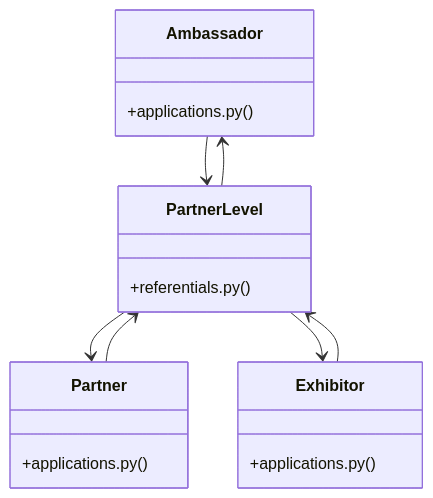
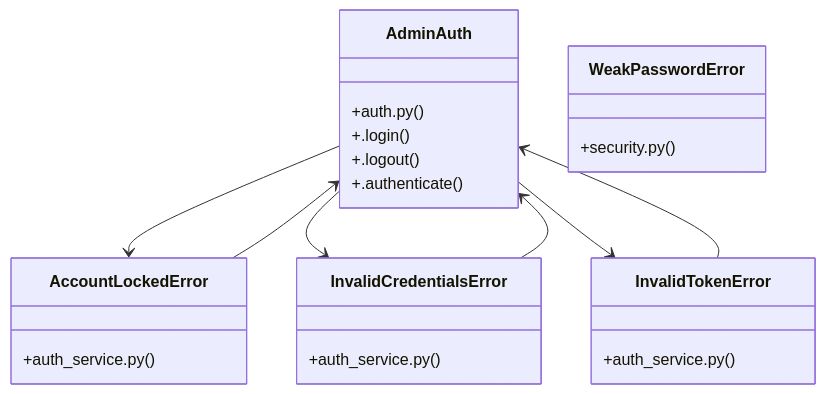
The diagram in graphify-out/wiki/[PromoCode_&_Payment]_Cluster.md (adjanayo/synca_conf_back), drawn with Mermaid before and after one commit. The commit also changed other lines of this file and 76 other files, not shown here.

Commit message:
chore: update graphify knowledge graph

````diff
--- a/graphify-out/wiki/[PromoCode_&_Payment]_Cluster.md
+++ b/graphify-out/wiki/[PromoCode_&_Payment]_Cluster.md
@@ -36,21 +36,27 @@
 ```mermaid
 classDiagram
-    class Ambassador {
-        +applications.py()
+    class AdminAuth {
+        +auth.py()
+        +.login()
+        +.logout()
+        +.authenticate()
     }
-    class Exhibitor {
-        +applications.py()
+    class AccountLockedError {
+        +auth_service.py()
     }
-    class Partner {
-        +applications.py()
+    class InvalidCredentialsError {
+        +auth_service.py()
     }
-    class PartnerLevel {
-        +referentials.py()
+    class InvalidTokenError {
+        +auth_service.py()
     }
-    Ambassador --> PartnerLevel
-    Exhibitor --> PartnerLevel
-    Partner --> PartnerLevel
-    PartnerLevel --> Ambassador
-    PartnerLevel --> Partner
-    PartnerLevel --> Exhibitor
+    class WeakPasswordError {
+        +security.py()
+    }
+    AdminAuth --> AccountLockedError
+    AdminAuth --> InvalidCredentialsError
+    AdminAuth --> InvalidTokenError
+    AccountLockedError --> AdminAuth
+    InvalidCredentialsError --> AdminAuth
+    InvalidTokenError --> AdminAuth
 ```
````
